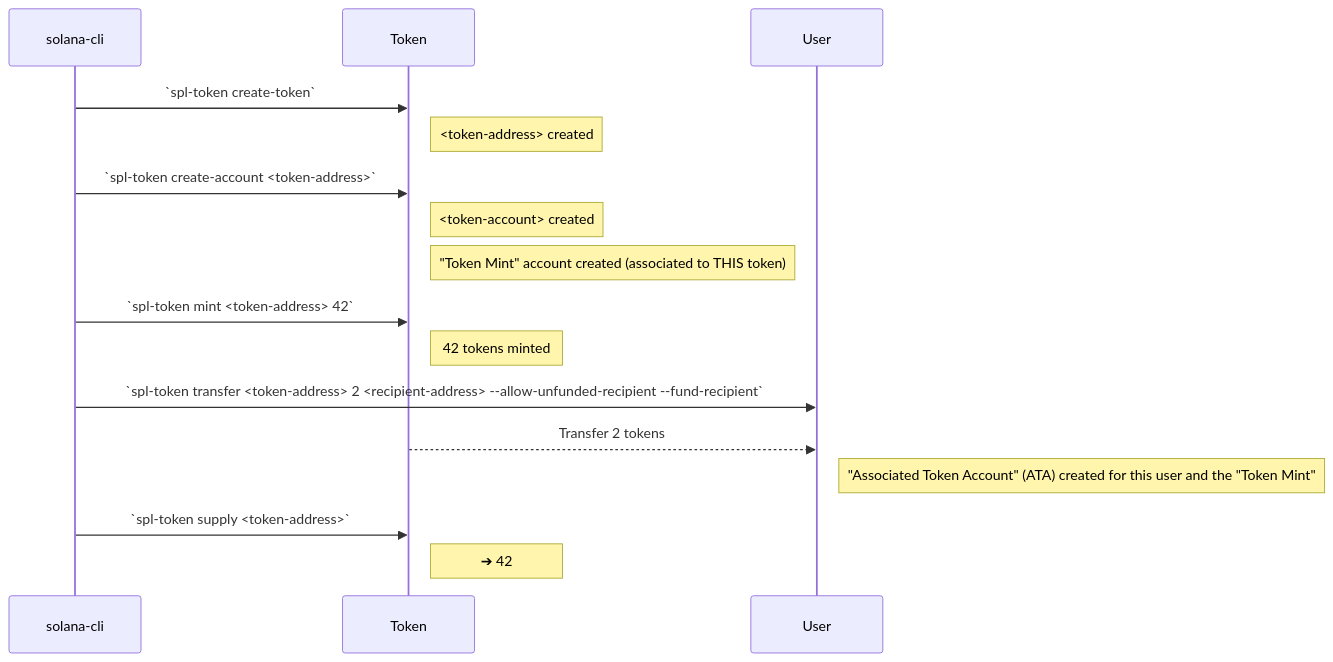
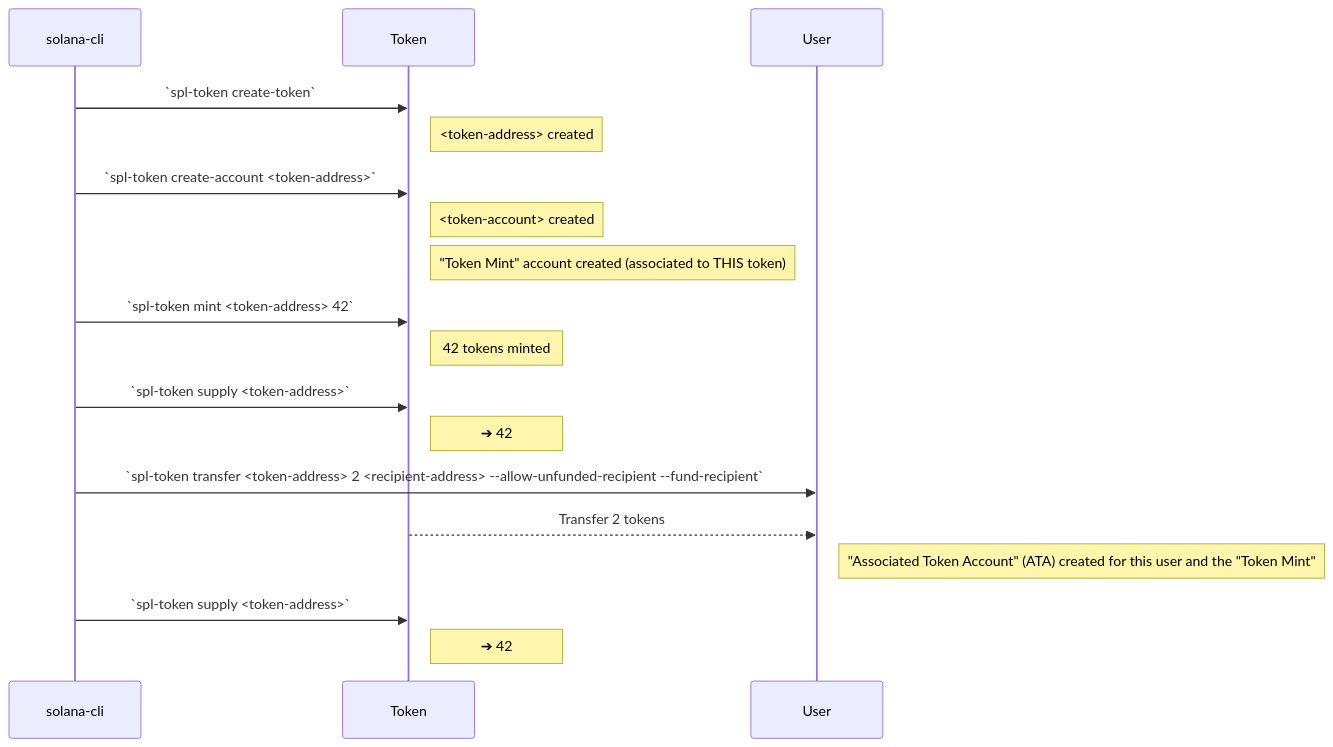
The diagram in playground/02 - Creating You First Token/06 - Creating Your First Token.md (Laugharne/solana_calyptus), drawn with Mermaid before and after one commit. The commit also changed other lines of this file and 1 other file, not shown here.

Commit message:
Proceed to exercise 'Creating Ypur First Token and get token address on devnet'

````diff
--- a/playground/02 - Creating You First Token/06 - Creating Your First Token.md
+++ b/playground/02 - Creating You First Token/06 - Creating Your First Token.md
@@ -33,16 +35,18 @@
 ```mermaid
 sequenceDiagram
     solana-cli->>Token: `spl-token create-token`
     Note right of Token: <token-address> created
     solana-cli->>Token: `spl-token create-account <token-address>`
     Note right of Token: <token-account> created
     Note right of Token: "Token Mint" account created (associated to THIS token)
     solana-cli->>Token: `spl-token mint <token-address> 42`
     Note right of Token: 42 tokens minted
+    solana-cli->>Token: `spl-token supply <token-address>`
+    Note right of Token: ➔ 42
     solana-cli->>User: `spl-token transfer <token-address> 2 <recipient-address> --allow-unfunded-recipient --fund-recipient`
     Token-->>User: Transfer 2 tokens
     Note right of User: "Associated Token Account" (ATA) created for this user and the "Token Mint"
     solana-cli->>Token: `spl-token supply <token-address>`
     Note right of Token: ➔ 42
 
 ```
````
